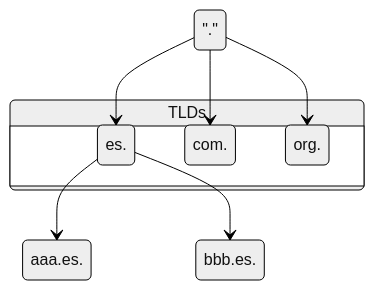
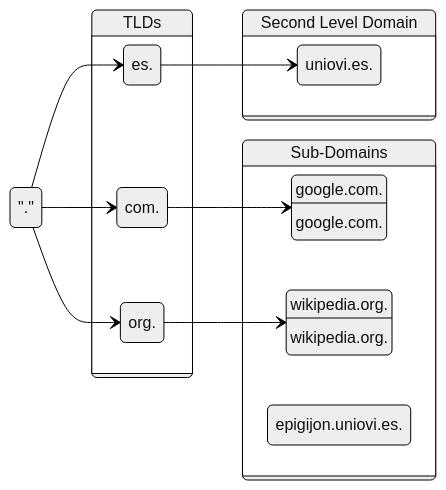
Before and after one commit to uo294319/Notes: the third of 3 diagrams in 4S1/4S1_Servicios/data/T3-1.md, drawn with Mermaid (neutral theme). The commit also changed other lines of this file, not shown here.

Commit message:
Desktop-AAM 2025-11-7:9:36:22

````diff
--- a/4S1/4S1_Servicios/data/T3-1.md
+++ b/4S1/4S1_Servicios/data/T3-1.md
@@ -71,21 +72,30 @@
 ```mermaid
 stateDiagram-v2
-
+	direction LR
 	Root : "."
-	state "TLDs" as TLD
-    {
+	state "TLDs" as L1 {
 		ES : es.
 		COM : com.
-		org : org.
+		ORG : org.
 	}
 	
-	A : aaa.es.
-	B : bbb.es.
+	state "Second Level Domain" as L2 {
+		UNIOVI : uniovi.es.
+		GOOGLE : google.com.
+		WIKI : wikipedia.org.
+	}
+	
+	state "Sub-Domains" as L3 {
+		EPI : epigijon.uniovi.es.
+		GOOGLE : google.com.
+		WIKI : wikipedia.org.
+	}
 	
 	Root --> ES
 	Root --> COM
-	Root --> org
+	Root --> ORG
     
-    ES --> A
-    ES --> B
+    ES --> UNIOVI
+    COM --> GOOGLE
+    ORG --> WIKI
 ```
````
